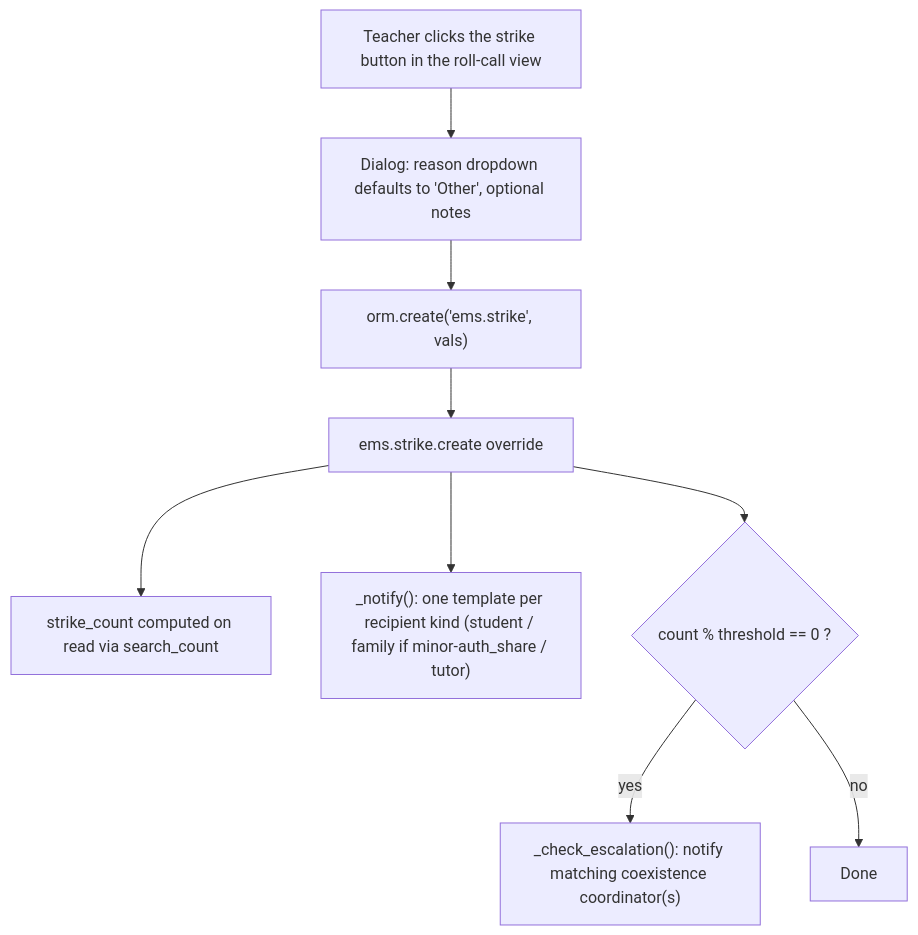
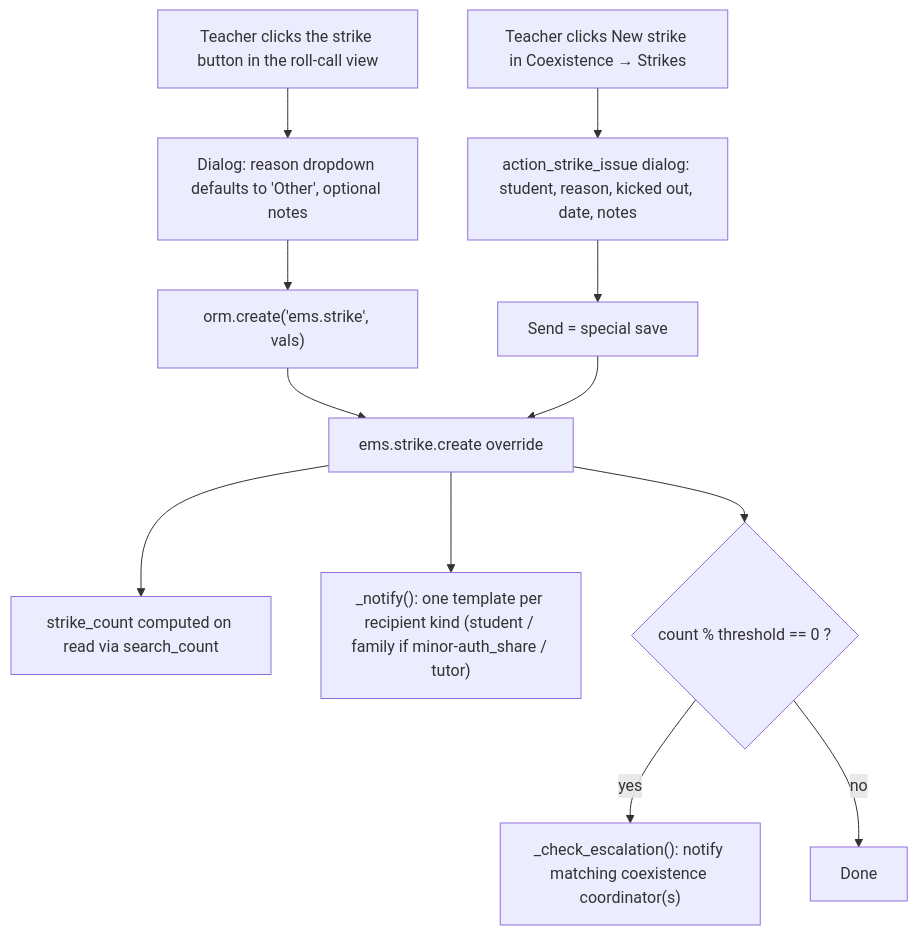
Before and after one commit to ElPuig/EMS: the diagram in docs/en/developers/coexistence/strike.md, drawn with Mermaid. The commit also changed other lines of this file and 200 other files, not shown here.

````diff
--- a/docs/en/developers/coexistence/strike.md
+++ b/docs/en/developers/coexistence/strike.md
@@ -49,11 +49,14 @@
 ```mermaid
 flowchart TD
     A[Teacher clicks the strike button in the roll-call view] --> B[Dialog: reason dropdown defaults to 'Other', optional notes]
     B --> C["orm.create('ems.strike', vals)"]
     C --> D[ems.strike.create override]
+    A2[Teacher clicks New strike in Coexistence → Strikes] --> B2["action_strike_issue dialog: student, reason, kicked out, date, notes"]
+    B2 --> C2[Send = special save]
+    C2 --> D
     D --> E[strike_count computed on read via search_count]
     D --> F["_notify(): one template per recipient kind (student / family if minor-auth_share / tutor)"]
     D --> G{"count % threshold == 0 ?"}
     G -- yes --> H["_check_escalation(): notify matching coexistence coordinator(s)"]
     G -- no --> I[Done]
 ```
````
